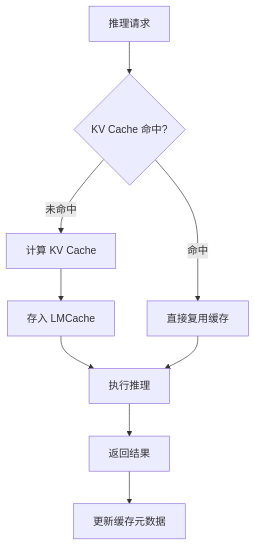
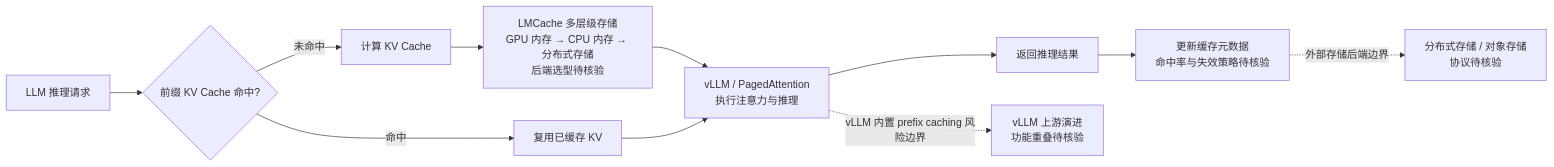
Before and after one commit to aiutil/github-researcher: the diagram in projects/lmcache.md, drawn with Mermaid. The commit also changed other lines of this file and 939 other files, not shown here.

Commit message:
feat: add architect briefs and Mermaid project maps

````diff
--- a/projects/lmcache.md
+++ b/projects/lmcache.md
@@ -41,11 +54,13 @@
 ```mermaid
-flowchart TD
-    A[推理请求] --> B{KV Cache 命中?}
-    B -- 命中 --> C[直接复用缓存]
+flowchart LR
+    A[LLM 推理请求] --> B{前缀 KV Cache 命中?}
+    B -- 命中 --> C[复用已缓存 KV]
     B -- 未命中 --> D[计算 KV Cache]
-    D --> E[存入 LMCache]
-    E --> F[执行推理]
+    D --> E[LMCache 多层级存储<br/>GPU 内存 → CPU 内存 → 分布式存储<br/>后端选型待核验]
+    E --> F[vLLM / PagedAttention<br/>执行注意力与推理]
     C --> F
-    F --> G[返回结果]
-    G --> H[更新缓存元数据]
+    F --> G[返回推理结果]
+    G --> H[更新缓存元数据<br/>命中率与失效策略待核验]
+    F -. vLLM 内置 prefix caching 风险边界 .-> I[vLLM 上游演进<br/>功能重叠待核验]
+    H -. 外部存储后端边界 .-> J[分布式存储 / 对象存储<br/>协议待核验]
 ```
````
